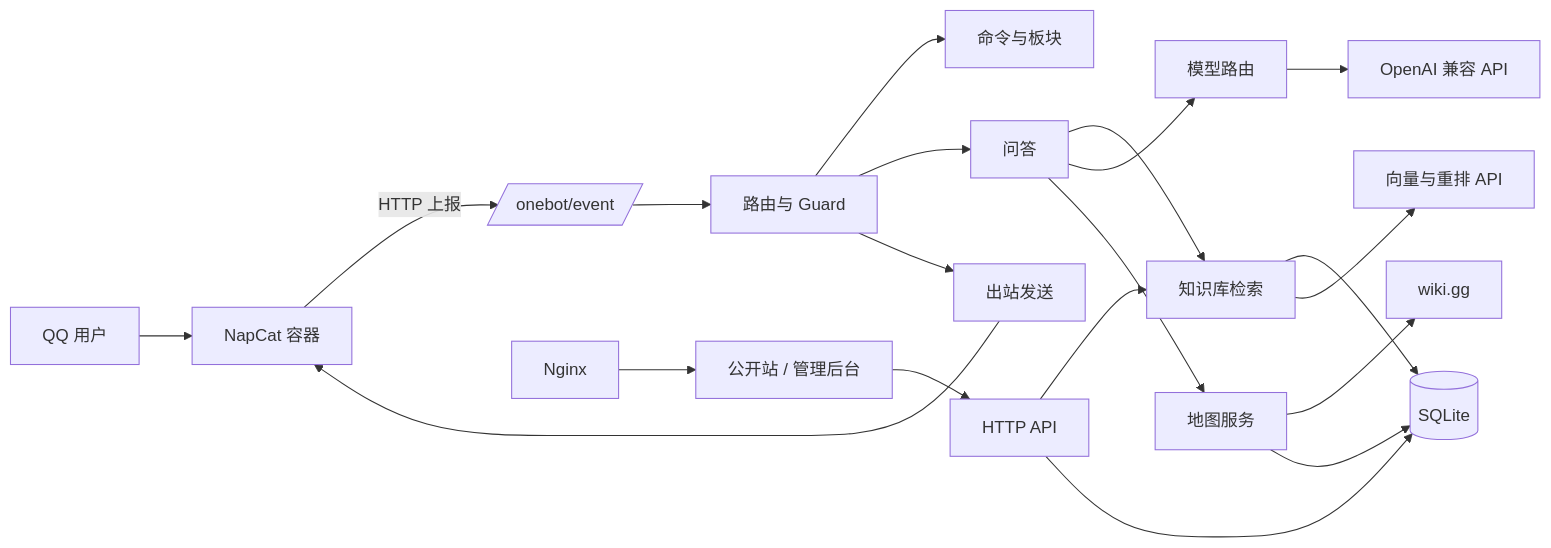
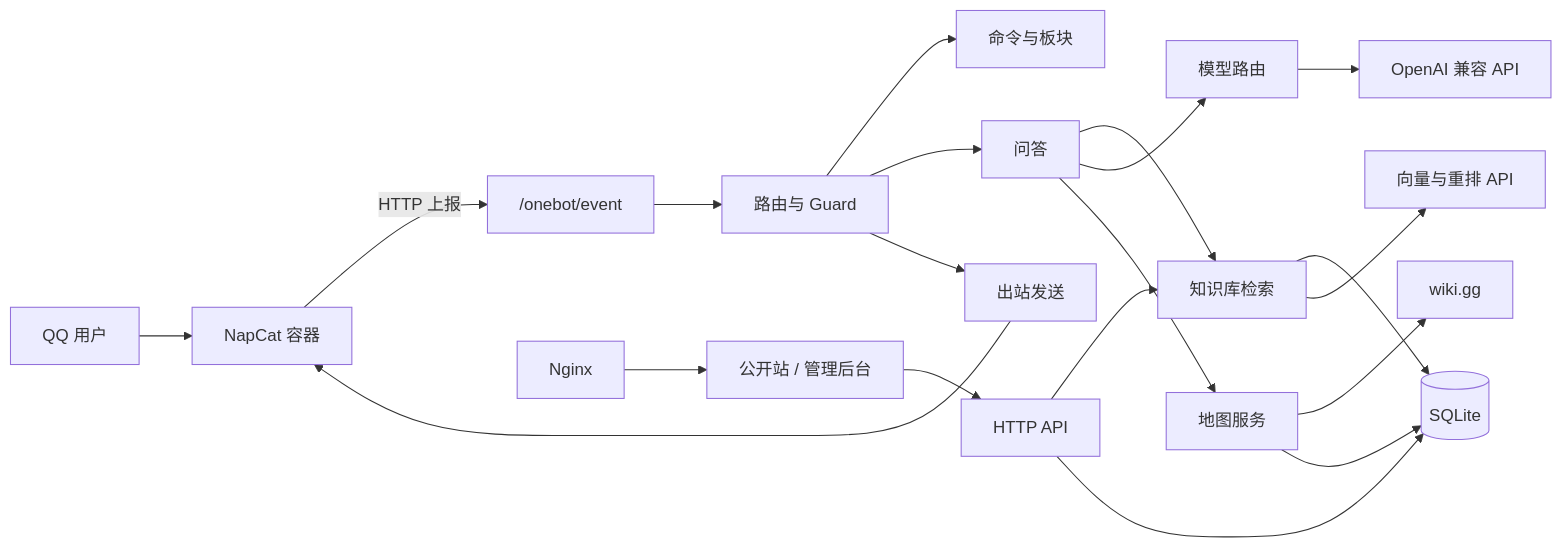
Before and after one commit to HuoGu-Hub/Q-A-bot: the first of 2 diagrams in docs/architecture.md, drawn with Mermaid. The commit also changed other lines of this file and 7 other files, not shown here.

````diff
--- a/docs/architecture.md
+++ b/docs/architecture.md
@@ -19,22 +19,22 @@
 ```mermaid
 flowchart LR
     QQ[QQ 用户] --> NC[NapCat 容器]
-    NC -->|HTTP 上报| IN[/onebot/event/]
+    NC -->|HTTP 上报| IN["/onebot/event"]
     IN --> ROUTER[路由与 Guard]
     ROUTER --> CMD[命令与板块]
     ROUTER --> CHAT[问答]
     CHAT --> KB[知识库检索]
     KB --> DB[(SQLite)]
     CHAT --> LLM[模型路由]
     LLM --> UP[OpenAI 兼容 API]
     KB --> EMB[向量与重排 API]
     ROUTER --> OUT[出站发送]
     OUT --> NC
     WEB[公开站 / 管理后台] --> API[HTTP API]
     API --> KB
     API --> DB
     MAP[地图服务] --> WIKI[wiki.gg]
     MAP --> DB
     CHAT --> MAP
     NGINX[Nginx] --> WEB
 ```
````
